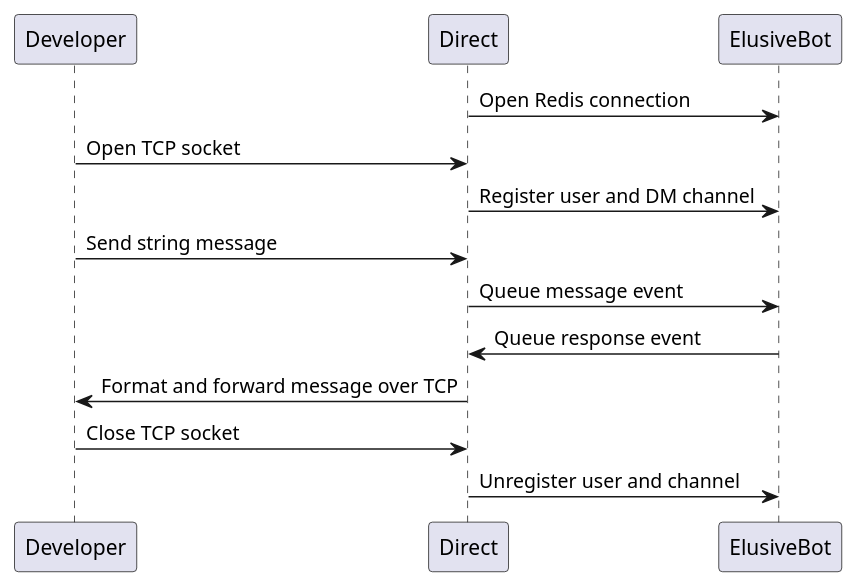
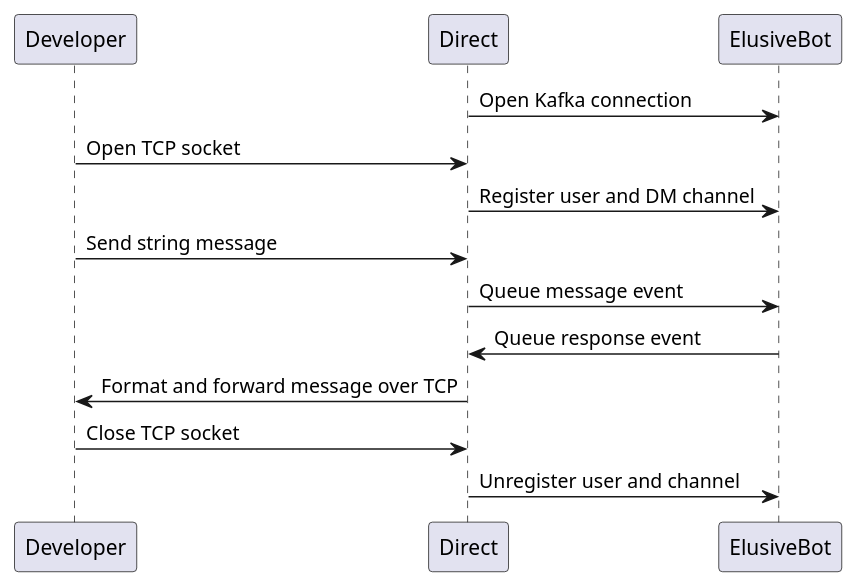
Before and after one commit to elusivebot/elusivebot-docs: the diagram in diagrams/edge/direct/sequence.puml, drawn with PlantUML. The commit also changed 2 other files, not shown here.

Commit message:
Update Direct design
No more Redis, and clarify some of the design document.  Good enough to
get going.

```diff
--- a/diagrams/edge/direct/sequence.puml
+++ b/diagrams/edge/direct/sequence.puml
@@ -1,16 +1,16 @@
 @startuml sequence
 participant Developer
 participant Direct
 participant ElusiveBot
 
-Direct -> ElusiveBot : Open Redis connection
+Direct -> ElusiveBot : Open Kafka connection
 Developer -> Direct : Open TCP socket
 Direct -> ElusiveBot : Register user and DM channel
 Developer -> Direct : Send string message
 Direct -> ElusiveBot : Queue message event
 ElusiveBot -> Direct : Queue response event
 Direct -> Developer : Format and forward message over TCP
 Developer -> Direct : Close TCP socket
 Direct -> ElusiveBot : Unregister user and channel
 
 @enduml
```
